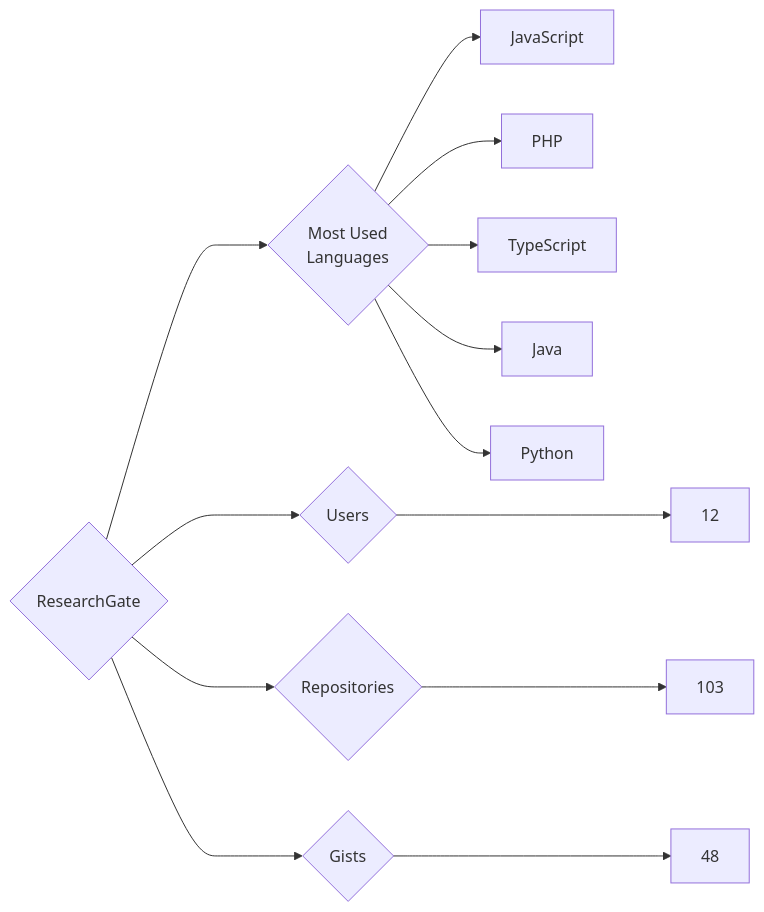
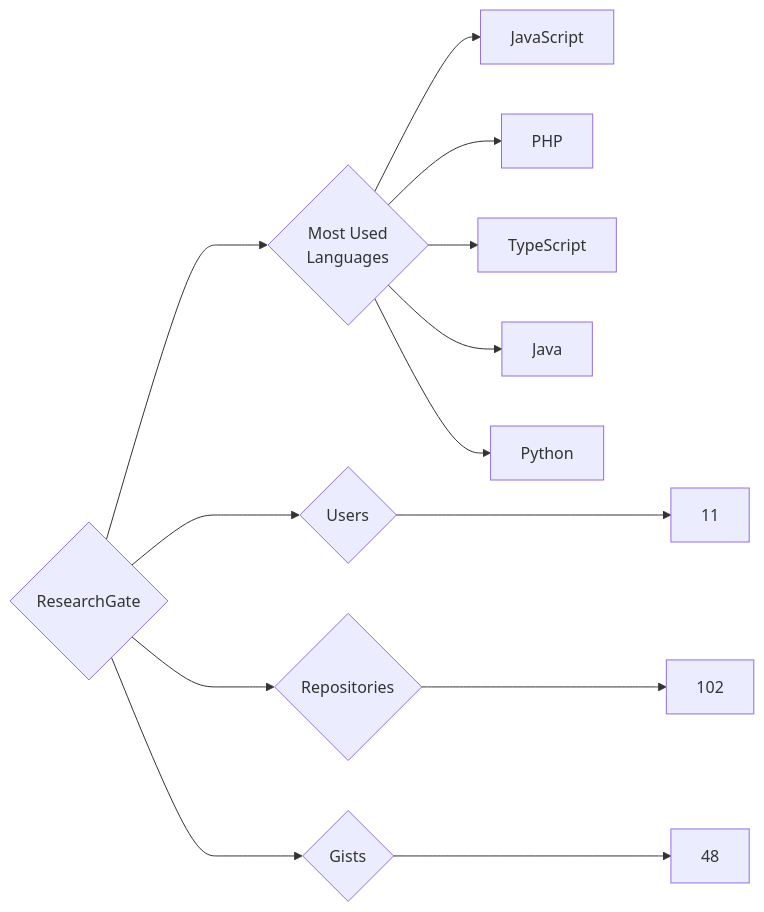
Before and after one commit to trickest/insiders: the diagram in targets/ResearchGate/README.md, drawn with Mermaid. The commit also changed 912 other files, not shown here.

````diff
--- a/targets/ResearchGate/README.md
+++ b/targets/ResearchGate/README.md
@@ -3,13 +3,13 @@
 ```mermaid
 graph LR
 COMPANY_NAME{ResearchGate}
-COMPANY_NAME ---> U{Users} ---> UN[12]
-COMPANY_NAME ---> R{Repositories} ---> RN[103]
+COMPANY_NAME ---> U{Users} ---> UN[11]
+COMPANY_NAME ---> R{Repositories} ---> RN[102]
 COMPANY_NAME ---> G{Gists} ---> GN[48]
 COMPANY_NAME ---> ML{Most Used<br>Languages}
 ML --> JavaScript[JavaScript]
 ML --> PHP[PHP]
 ML --> TypeScript[TypeScript]
 ML --> Java[Java]
 ML --> Python[Python]
 ```
````
